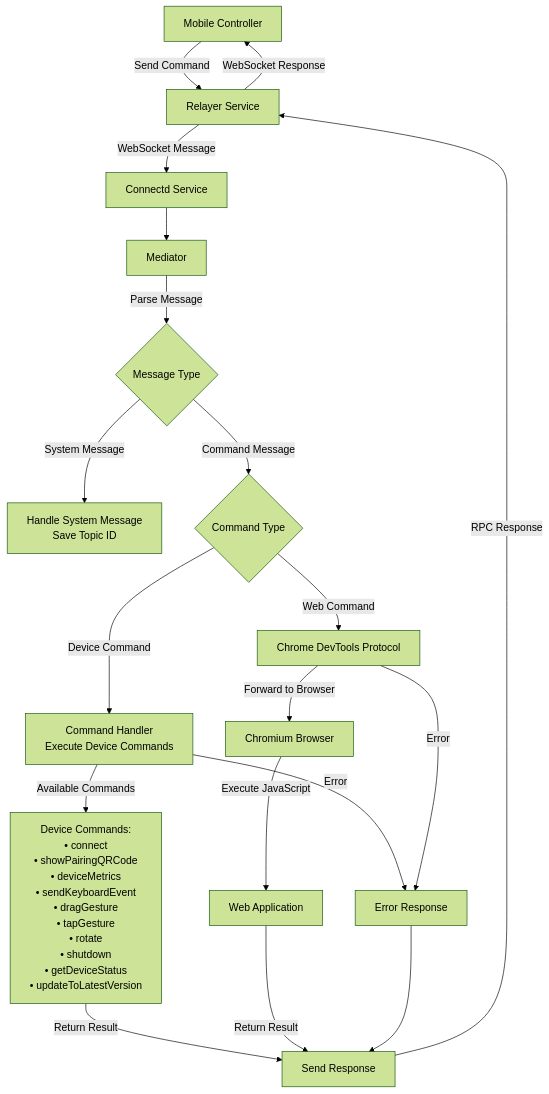
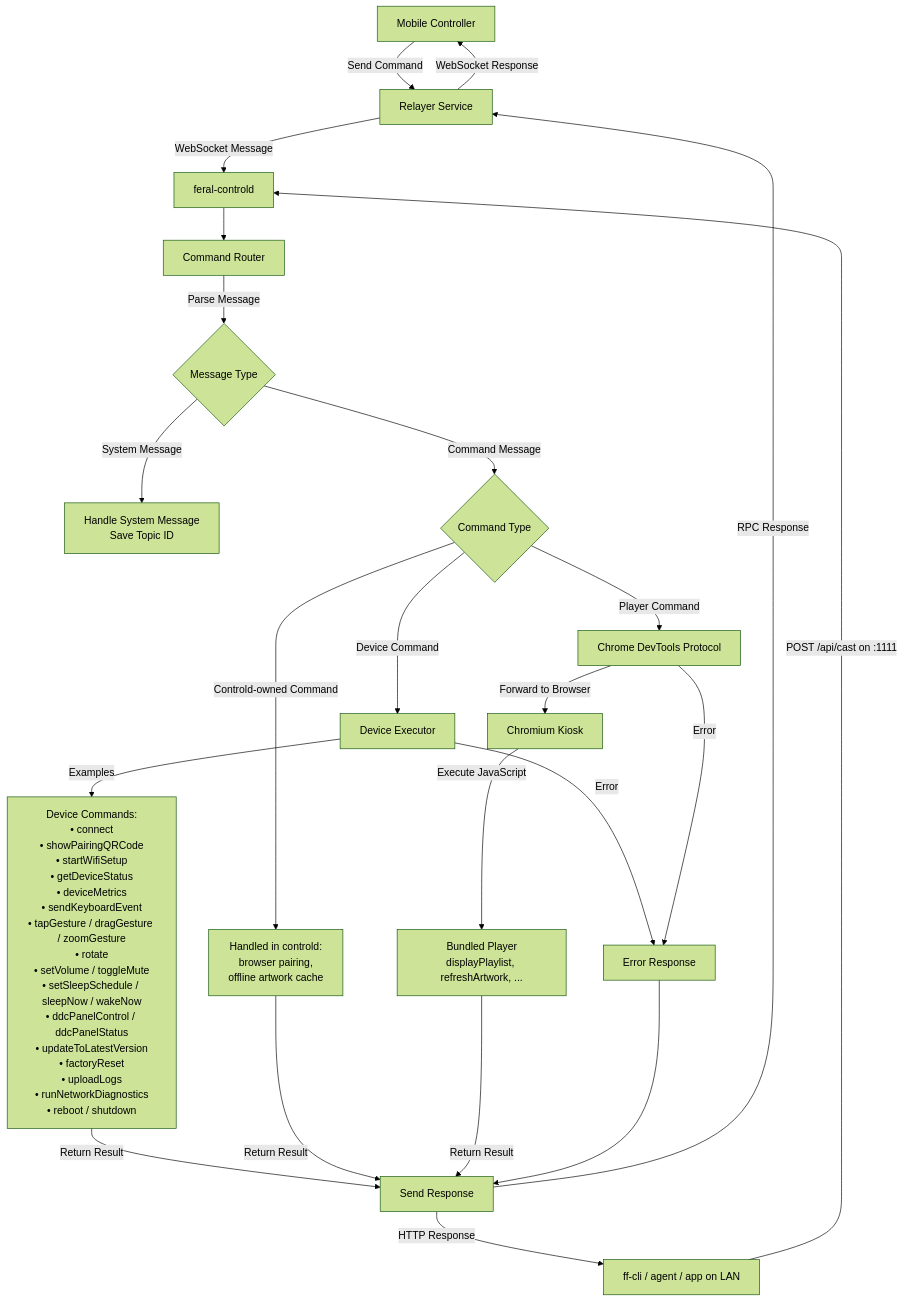
The third of 3 diagrams in docs/art-computer/how-it-works/life-cycle.md (feral-file/docs), drawn with Mermaid (forest theme) before and after one commit. The commit also changed other lines of this file and 7 other files, not shown here.

First line of the commit message:
docs: sync Art Computer pages with the current ffos-user architecture

````diff
--- a/docs/art-computer/how-it-works/life-cycle.md
+++ b/docs/art-computer/how-it-works/life-cycle.md
@@ -50,38 +65,37 @@
 ```mermaid
 flowchart TD
     %% Command Flow from Mobile
     Mobile[Mobile Controller] --> |Send Command| Relayer[Relayer Service]
-    Relayer --> |WebSocket Message| Connectd[Connectd Service]
-    
+    Relayer --> |WebSocket Message| Controld[feral-controld]
+    LAN["ff-cli / agent / app on LAN"] --> |"POST /api/cast on :1111"| Controld
+
     %% Command Processing
-    Connectd --> Mediator[Mediator]
-    Mediator --> |Parse Message| Parse{Message Type}
-    
+    Controld --> Router[Command Router]
+    Router --> |Parse Message| Parse{Message Type}
+
     Parse --> |System Message| System[Handle System Message<br/>Save Topic ID]
     Parse --> |Command Message| CmdType{Command Type}
-    
-    CmdType --> |Device Command| DeviceCmd[Command Handler<br/>Execute Device Commands]
-    CmdType --> |Web Command| WebCmd[Chrome DevTools Protocol]
-    
-    DeviceCmd --> |Available Commands| Commands[Device Commands:<br/>• connect<br/>• showPairingQRCode<br/>• deviceMetrics<br/>• sendKeyboardEvent<br/>• dragGesture<br/>• tapGesture<br/>• rotate<br/>• shutdown<br/>• getDeviceStatus<br/>• updateToLatestVersion]
-    
-    WebCmd --> |Forward to Browser| Browser[Chromium Browser]
-    Browser --> |Execute JavaScript| WebApp[Web Application]
-    
+
+    CmdType --> |Device Command| DeviceCmd[Device Executor]
+    CmdType --> |Controld-owned Command| Local["Handled in controld:<br/>browser pairing,<br/>offline artwork cache"]
+    CmdType --> |Player Command| WebCmd[Chrome DevTools Protocol]
+
+    DeviceCmd --> |Examples| Commands[Device Commands:<br/>• connect<br/>• showPairingQRCode<br/>• startWifiSetup<br/>• getDeviceStatus<br/>• deviceMetrics<br/>• sendKeyboardEvent<br/>• tapGesture / dragGesture / zoomGesture<br/>• rotate<br/>• setVolume / toggleMute<br/>• setSleepSchedule / sleepNow / wakeNow<br/>• ddcPanelControl / ddcPanelStatus<br/>• updateToLatestVersion<br/>• factoryReset<br/>• uploadLogs<br/>• runNetworkDiagnostics<br/>• reboot / shutdown]
+
+    WebCmd --> |Forward to Browser| Browser[Chromium Kiosk]
+    Browser --> |Execute JavaScript| WebApp[Bundled Player<br/>displayPlaylist, refreshArtwork, ...]
+
     %% Response Flow
     Commands --> |Return Result| Response[Send Response]
+    Local --> |Return Result| Response
     WebApp --> |Return Result| Response
-    
+
     Response --> |RPC Response| Relayer
     Relayer --> |WebSocket Response| Mobile
-    
+    Response --> |HTTP Response| LAN
+
     %% Error Handling
     DeviceCmd --> |Error| Error[Error Response]
     WebCmd --> |Error| Error
     Error --> Response
-    
-    class Connectd,Relayer service
-    class Mediator,Commands,Browser,WebApp component
-    class Parse,CmdType decision
-    class Mobile external
 ```
````
